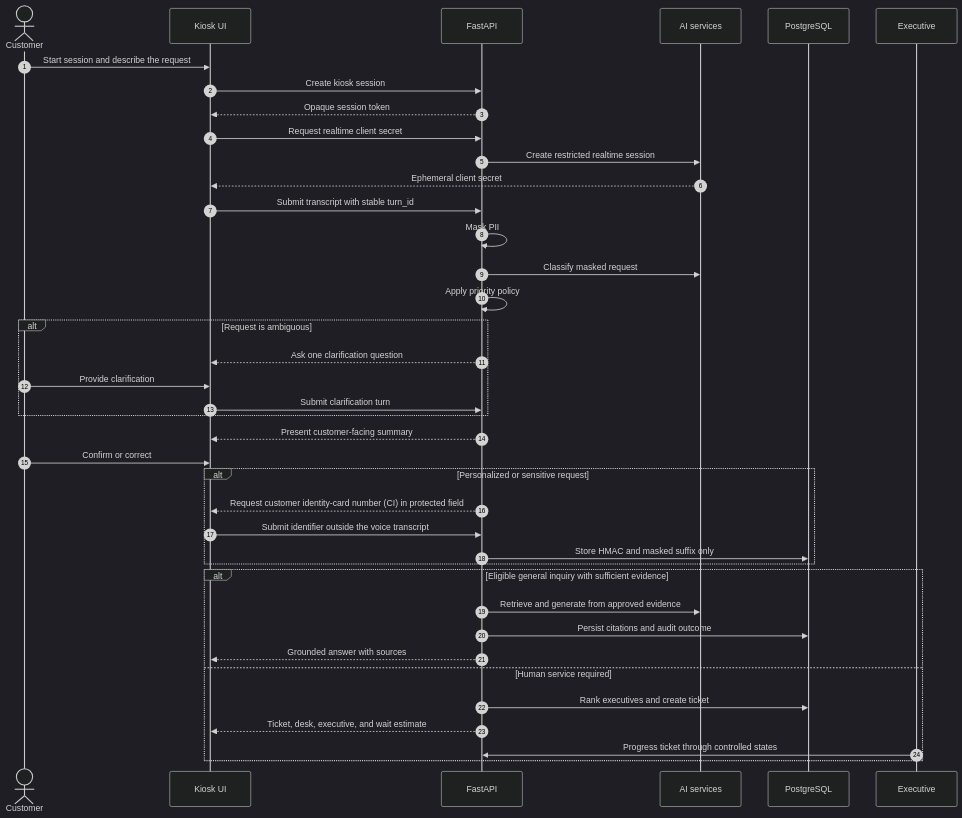
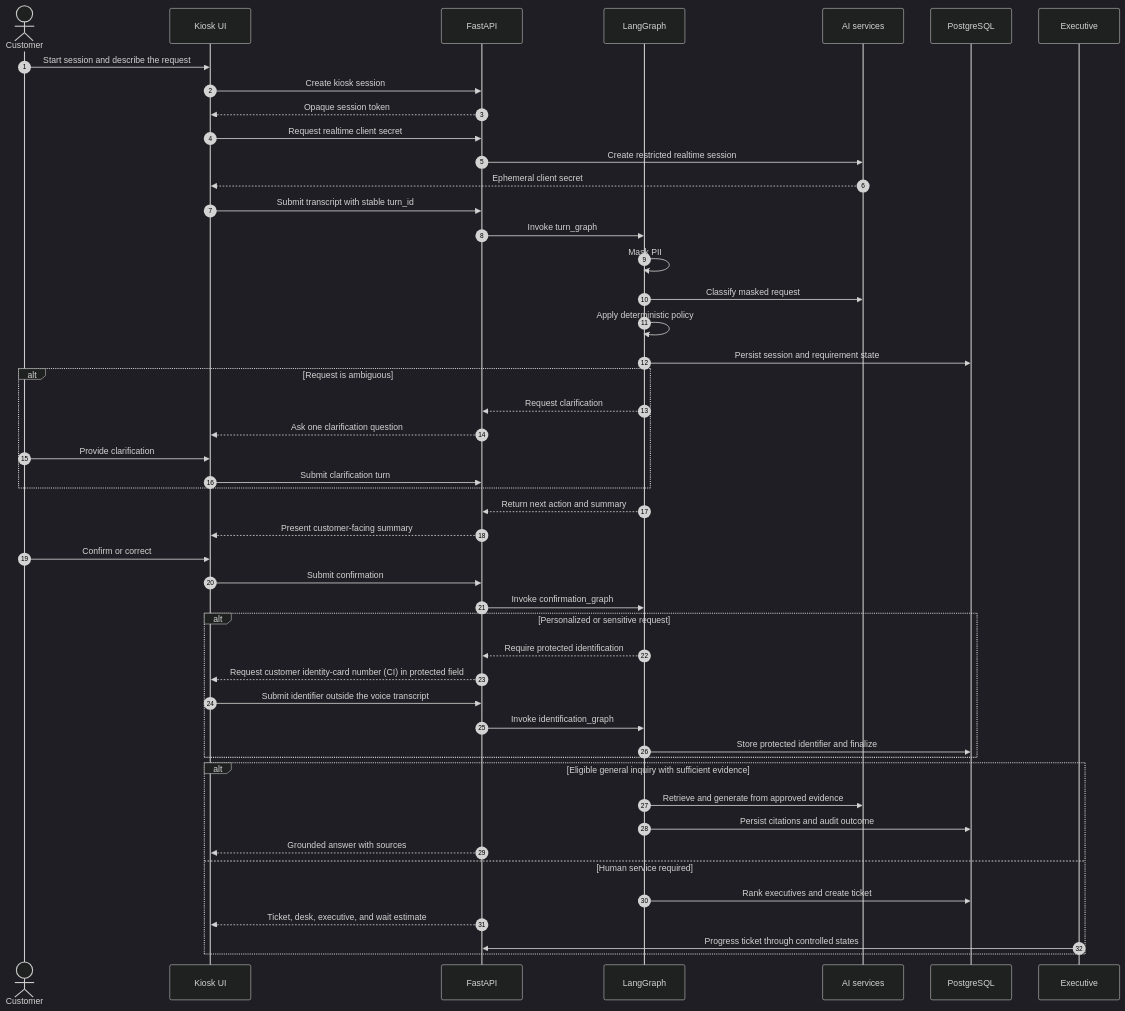
One commit to ChristianMendozaa/banking-orchestration-system changed the third of 10 diagrams in README.md. Above: the diagram before and after it, drawn with Mermaid (dark theme). The commit also changed other lines of this file and 46 other files, not shown here.

````diff
--- a/README.md
+++ b/README.md
@@ -106,47 +119,56 @@
 ```mermaid
 sequenceDiagram
     autonumber
     actor Customer
     participant UI as Kiosk UI
     participant API as FastAPI
+    participant Graph as LangGraph
     participant AI as AI services
     participant DB as PostgreSQL
     participant Exec as Executive
 
     Customer->>UI: Start session and describe the request
     UI->>API: Create kiosk session
     API-->>UI: Opaque session token
     UI->>API: Request realtime client secret
     API->>AI: Create restricted realtime session
     AI-->>UI: Ephemeral client secret
 
     UI->>API: Submit transcript with stable turn_id
-    API->>API: Mask PII
-    API->>AI: Classify masked request
-    API->>API: Apply priority policy
+    API->>Graph: Invoke turn_graph
+    Graph->>Graph: Mask PII
+    Graph->>AI: Classify masked request
+    Graph->>Graph: Apply deterministic policy
+    Graph->>DB: Persist session and requirement state
 
     alt Request is ambiguous
+        Graph-->>API: Request clarification
         API-->>UI: Ask one clarification question
         Customer->>UI: Provide clarification
         UI->>API: Submit clarification turn
     end
 
+    Graph-->>API: Return next action and summary
     API-->>UI: Present customer-facing summary
     Customer->>UI: Confirm or correct
+    UI->>API: Submit confirmation
+    API->>Graph: Invoke confirmation_graph
 
     alt Personalized or sensitive request
+        Graph-->>API: Require protected identification
         API-->>UI: Request customer identity-card number (CI) in protected field
         UI->>API: Submit identifier outside the voice transcript
-        API->>DB: Store HMAC and masked suffix only
+        API->>Graph: Invoke identification_graph
+        Graph->>DB: Store protected identifier and finalize
     end
 
     alt Eligible general inquiry with sufficient evidence
-        API->>AI: Retrieve and generate from approved evidence
-        API->>DB: Persist citations and audit outcome
+        Graph->>AI: Retrieve and generate from approved evidence
+        Graph->>DB: Persist citations and audit outcome
         API-->>UI: Grounded answer with sources
     else Human service required
-        API->>DB: Rank executives and create ticket
+        Graph->>DB: Rank executives and create ticket
         API-->>UI: Ticket, desk, executive, and wait estimate
         Exec->>API: Progress ticket through controlled states
     end
 ```
````
